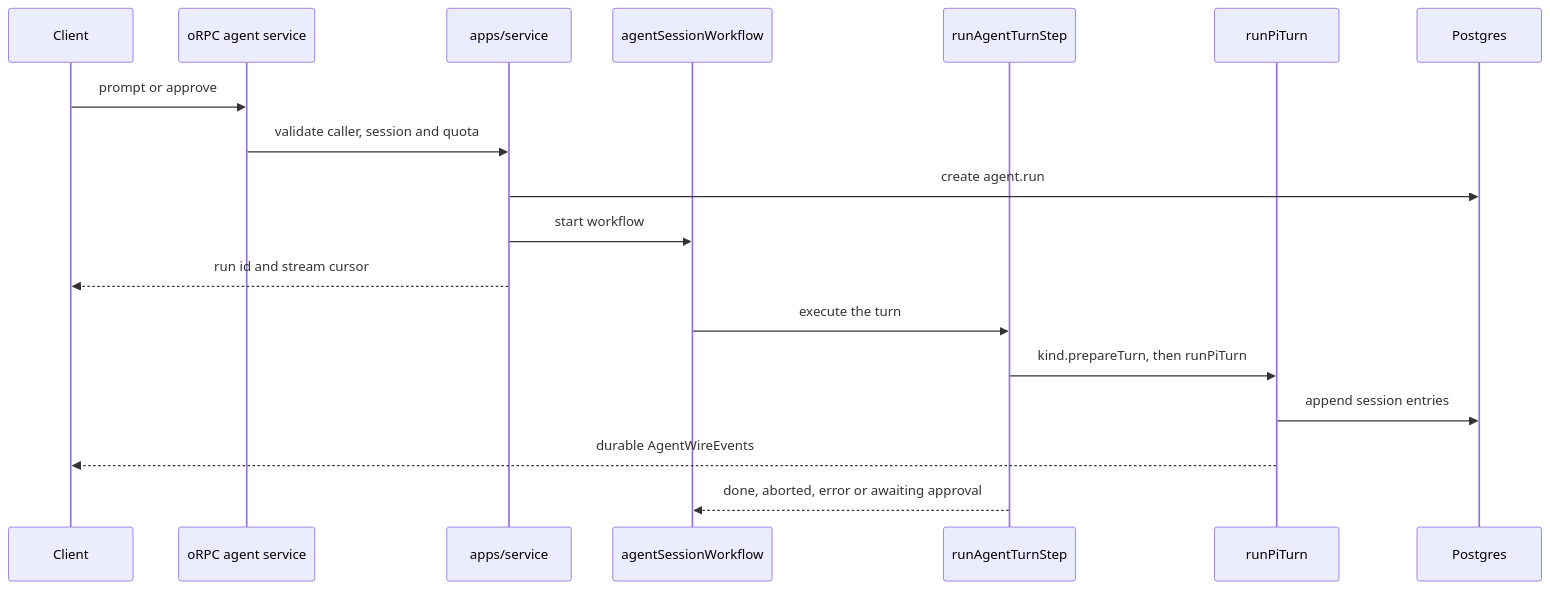
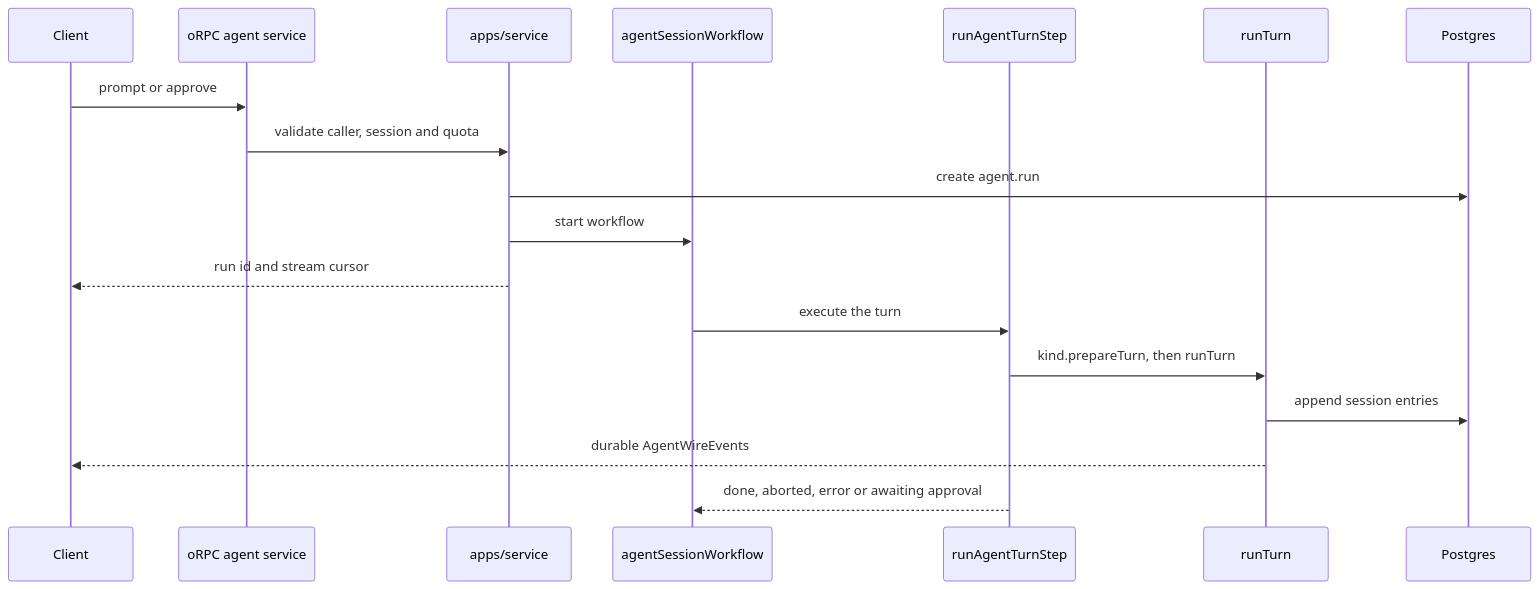
The second of 3 diagrams in docs/agent-architecture.md (Chia1104/chia1104.dev), drawn with Mermaid before and after one commit. The commit also changed other lines of this file and 76 other files, not shown here.

````diff
--- a/docs/agent-architecture.md
+++ b/docs/agent-architecture.md
@@ -112,21 +112,21 @@
 ```mermaid
 sequenceDiagram
     participant UI as Client
     participant API as oRPC agent service
     participant SVC as apps/service
     participant WF as agentSessionWorkflow
     participant STEP as runAgentTurnStep
-    participant RT as runPiTurn
+    participant RT as runTurn
     participant PG as Postgres
 
     UI->>API: prompt or approve
     API->>SVC: validate caller, session and quota
     SVC->>PG: create agent.run
     SVC->>WF: start workflow
     SVC-->>UI: run id and stream cursor
     WF->>STEP: execute the turn
-    STEP->>RT: kind.prepareTurn, then runPiTurn
+    STEP->>RT: kind.prepareTurn, then runTurn
     RT->>PG: append session entries
     RT-->>UI: durable AgentWireEvents
     STEP-->>WF: done, aborted, error or awaiting approval
 ```
````
